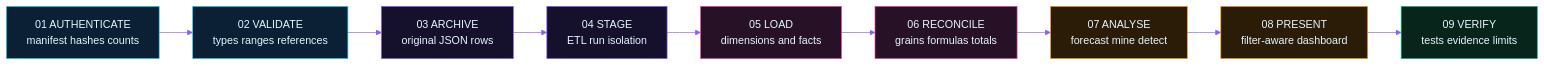
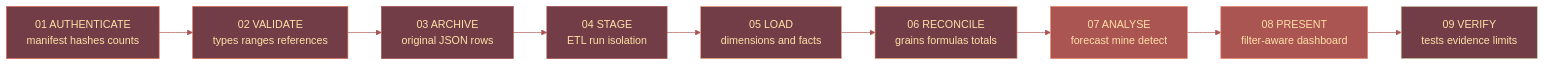
Before and after one commit to manikanta-manjunath/retail-intelligence-data-warehouse: the second of 2 diagrams in README.md, drawn with Mermaid. The commit also changed other lines of this file and 13 other files, not shown here.

````diff
--- a/README.md
+++ b/README.md
@@ -357,23 +359,23 @@
 ```mermaid
-%%{init: {'theme':'base','themeVariables': {'background':'#07111F','primaryColor':'#0B1F35','primaryTextColor':'#E6F7FF','primaryBorderColor':'#22D3EE','lineColor':'#8B5CF6','fontFamily':'monospace'}}}%%
+%%{init: {'theme':'base','themeVariables': {'background':'#472D30','primaryColor':'#723D46','primaryTextColor':'#FFE1A8','primaryBorderColor':'#E26D5C','lineColor':'#AA5551','fontFamily':'monospace'}}}%%
 flowchart LR
     A["01 AUTHENTICATE<br/>manifest hashes counts"] --> B["02 VALIDATE<br/>types ranges references"]
     B --> C["03 ARCHIVE<br/>original JSON rows"]
     C --> D["04 STAGE<br/>ETL run isolation"]
     D --> E["05 LOAD<br/>dimensions and facts"]
     E --> F["06 RECONCILE<br/>grains formulas totals"]
     F --> G["07 ANALYSE<br/>forecast mine detect"]
     G --> H["08 PRESENT<br/>filter-aware dashboard"]
     H --> I["09 VERIFY<br/>tests evidence limits"]
 
-    classDef c1 fill:#0B1F35,stroke:#22D3EE,color:#E6F7FF;
-    classDef c2 fill:#15112C,stroke:#8B5CF6,color:#E6F7FF;
-    classDef c3 fill:#261127,stroke:#EC4899,color:#E6F7FF;
-    classDef c4 fill:#2B1C08,stroke:#F59E0B,color:#E6F7FF;
-    classDef c5 fill:#08251C,stroke:#10B981,color:#E6F7FF;
+    classDef c1 fill:#723D46,stroke:#E26D5C,color:#FFE1A8;
+    classDef c2 fill:#723D46,stroke:#AA5551,color:#FFE1A8;
+    classDef c3 fill:#723D46,stroke:#F1A782,color:#FFE1A8;
+    classDef c4 fill:#AA5551,stroke:#EA8A6F,color:#FFE1A8;
+    classDef c5 fill:#723D46,stroke:#C9CBA3,color:#FFE1A8;
     class A,B c1;
     class C,D c2;
     class E,F c3;
     class G,H c4;
     class I c5;
 ```
````
